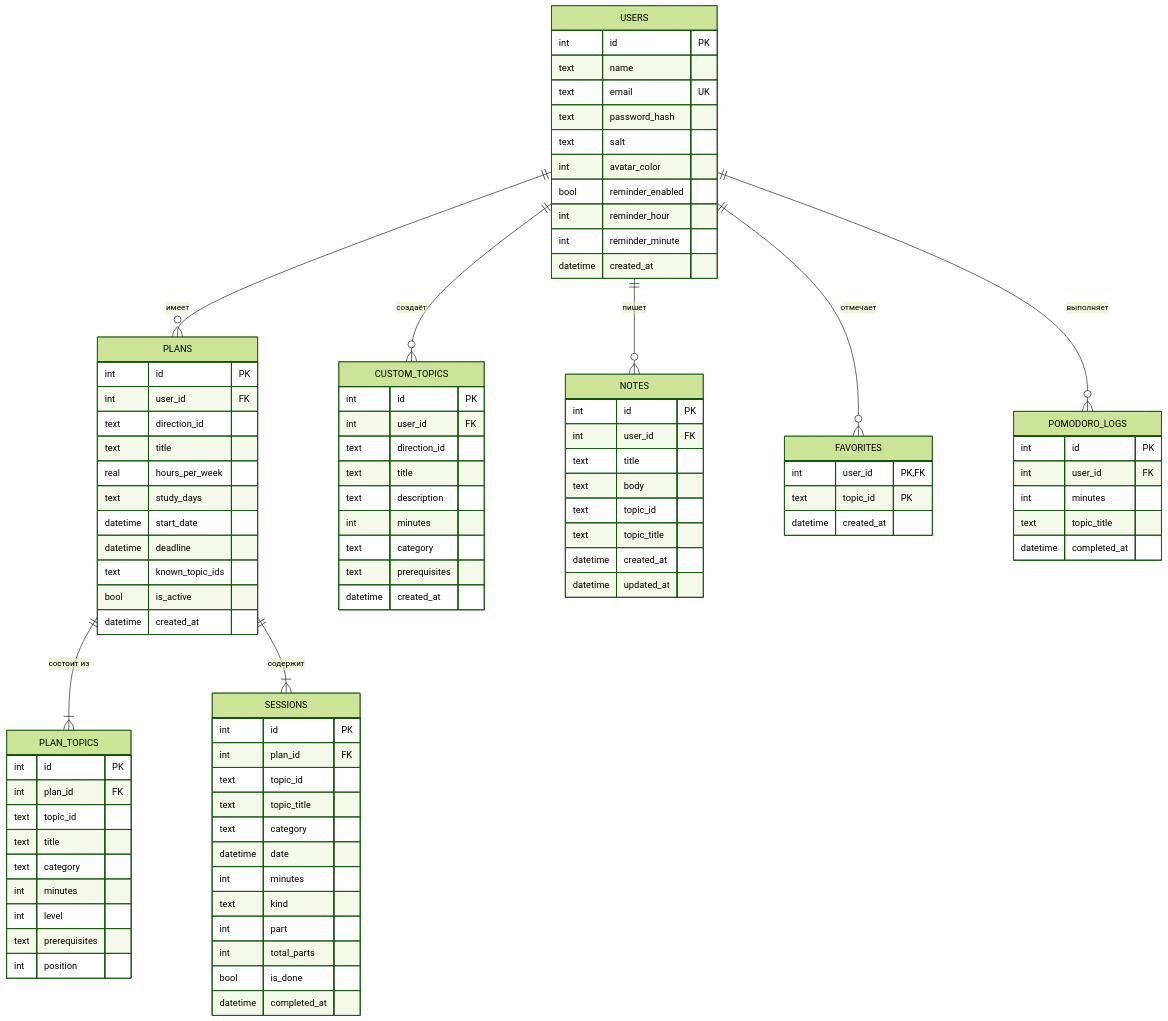
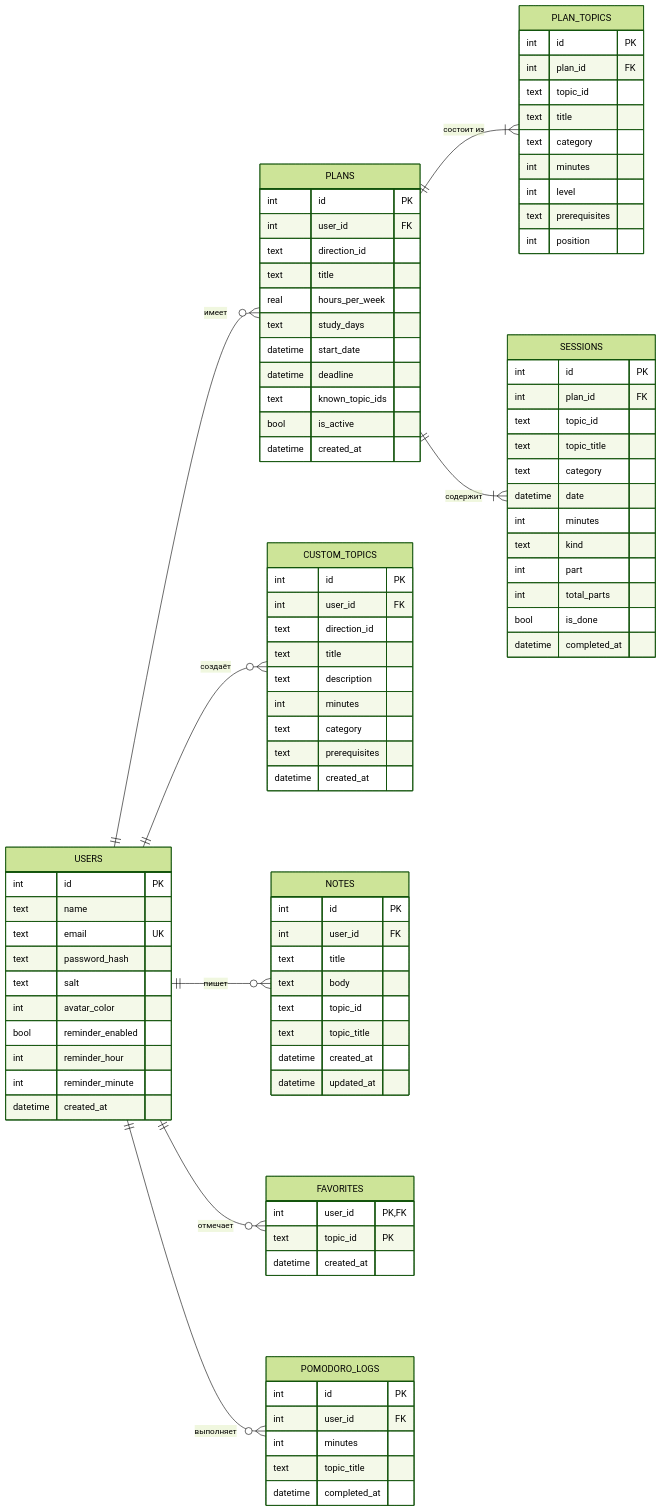
One commit to Barin5550/3_KURS_DIPLOMKA_BOBR_S changed the second of 4 diagrams in docs/coursework/04_chapter2_practice.md. Above: the diagram before and after it, drawn with Mermaid (forest theme). The commit also changed 10 other files, not shown here.

First line of the commit message:
Итоговый документ курсовой: DOCX и PDF, приложения, диаграммы

````diff
--- a/docs/coursework/04_chapter2_practice.md
+++ b/docs/coursework/04_chapter2_practice.md
@@ -106,5 +106,6 @@
 ```mermaid
 erDiagram
+    direction LR
     USERS ||--o{ PLANS : "имеет"
     USERS ||--o{ CUSTOM_TOPICS : "создаёт"
     USERS ||--o{ NOTES : "пишет"
````
